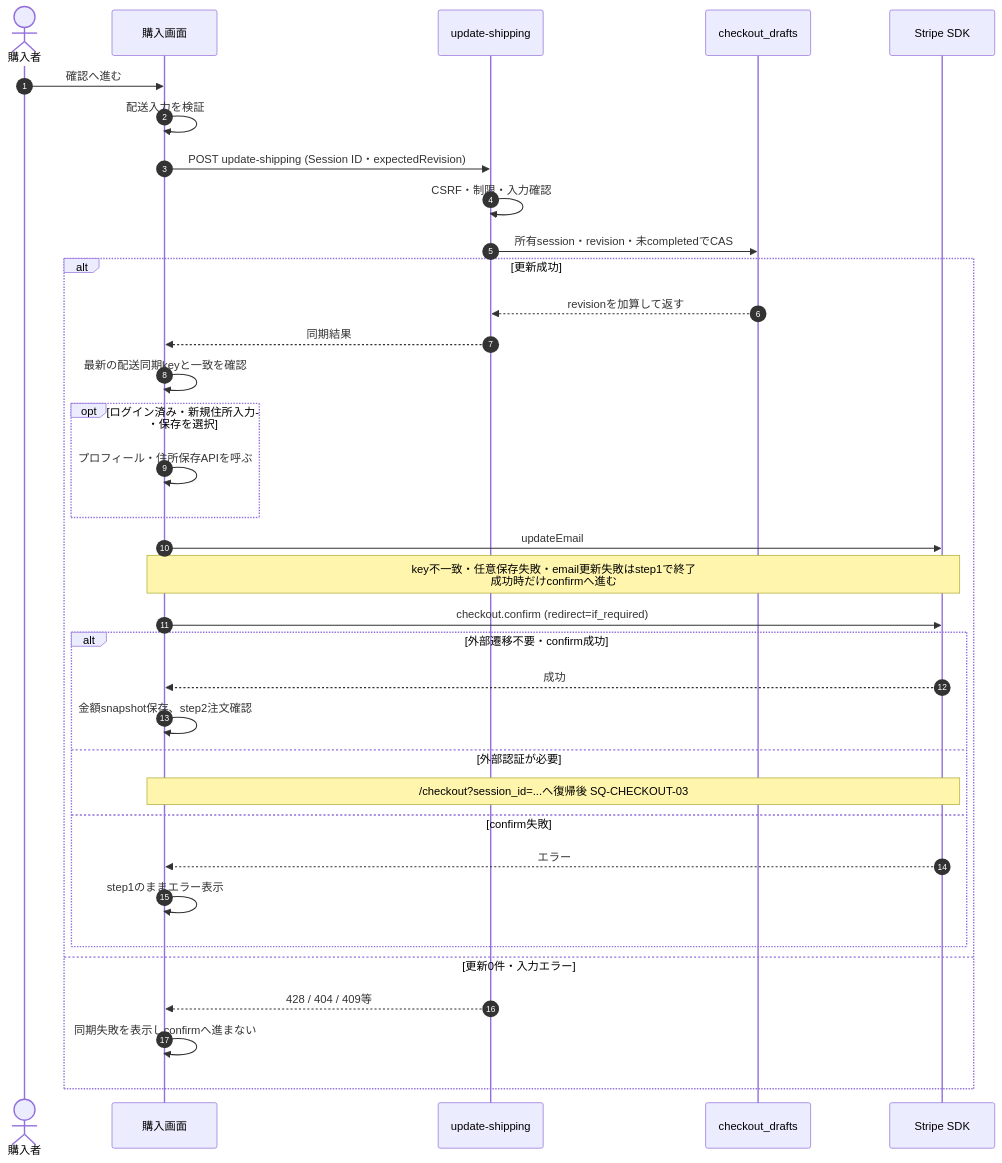
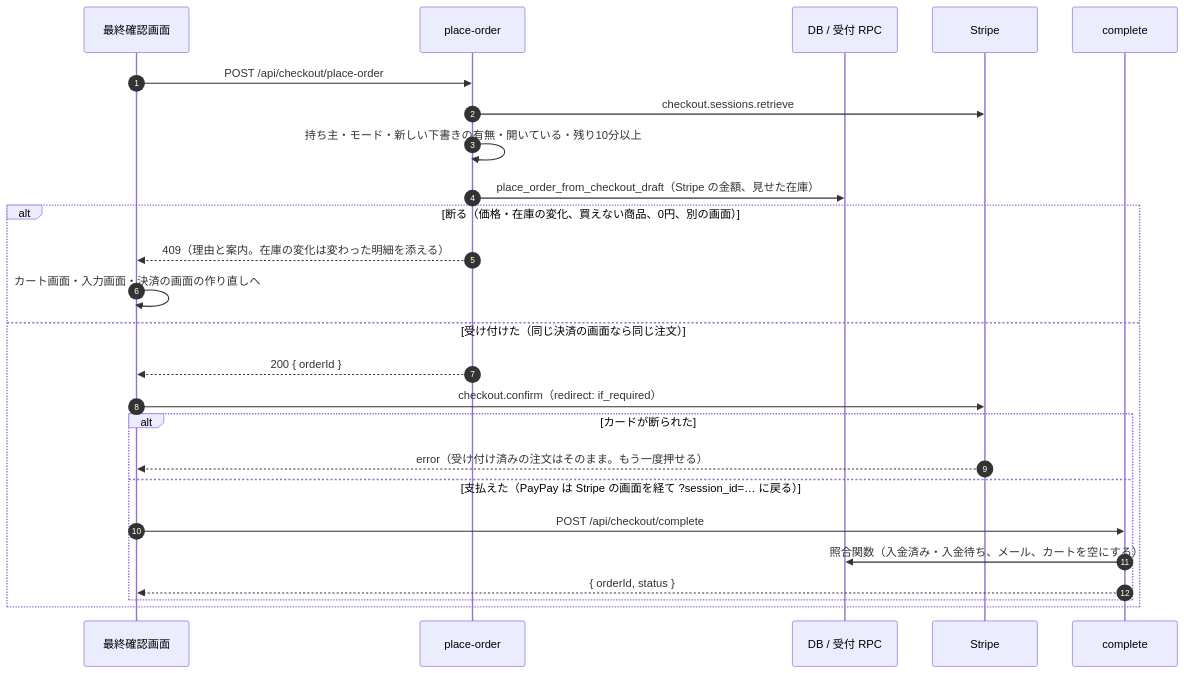
The second of 5 diagrams in docs/04_DetailDesign/sequence/checkout-payment.md (ChocoWork/o_official), drawn with Mermaid before and after one commit. The commit also changed other lines of this file and 5 other files, not shown here.

````diff
--- a/docs/04_DetailDesign/sequence/checkout-payment.md
+++ b/docs/04_DetailDesign/sequence/checkout-payment.md
@@ -89,37 +79,27 @@
 ```mermaid
 sequenceDiagram
     autonumber
-    actor User as 購入者
-    participant UI as 購入画面
-    participant API as update-shipping
-    participant DB as checkout_drafts
-    participant Stripe as Stripe SDK
-    User->>UI: 確認へ進む
-    UI->>UI: 配送入力を検証
-    UI->>API: POST update-shipping (Session ID・expectedRevision)
-    API->>API: CSRF・制限・入力確認
-    API->>DB: 所有session・revision・未completedでCAS
-    alt 更新成功
-        DB-->>API: revisionを加算して返す
-        API-->>UI: 同期結果
-        UI->>UI: 最新の配送同期keyと一致を確認
-        opt ログイン済み・新規住所入力・保存を選択
-            UI->>UI: プロフィール・住所保存APIを呼ぶ
+    participant UI as 最終確認画面
+    participant PO as place-order
+    participant DB as DB / 受付 RPC
+    participant Stripe as Stripe
+    participant C as complete
+    UI->>PO: POST /api/checkout/place-order
+    PO->>Stripe: checkout.sessions.retrieve
+    PO->>PO: 持ち主・モード・新しい下書きの有無・開いている・残り10分以上
+    PO->>DB: place_order_from_checkout_draft（Stripe の金額、見せた在庫）
+    alt 断る（価格・在庫の変化、買えない商品、0円、別の画面）
+        PO-->>UI: 409（理由と案内。在庫の変化は変わった明細を添える）
+        UI->>UI: カート画面・入力画面・決済の画面の作り直しへ
+    else 受け付けた（同じ決済の画面なら同じ注文）
+        PO-->>UI: 200 { orderId }
+        UI->>Stripe: checkout.confirm（redirect: if_required）
+        alt カードが断られた
+            Stripe-->>UI: error（受け付け済みの注文はそのまま。もう一度押せる）
+        else 支払えた（PayPay は Stripe の画面を経て ?session_id=… に戻る）
+            UI->>C: POST /api/checkout/complete
+            C->>DB: 照合関数（入金済み・入金待ち、メール、カートを空にする）
+            C-->>UI: { orderId, status }
         end
-        UI->>Stripe: updateEmail
-        Note over UI,Stripe: key不一致・任意保存失敗・email更新失敗はstep1で終了<br/>成功時だけconfirmへ進む
-        UI->>Stripe: checkout.confirm (redirect=if_required)
-        alt 外部遷移不要・confirm成功
-            Stripe-->>UI: 成功
-            UI->>UI: 金額snapshot保存、step2注文確認
-        else 外部認証が必要
-            Note over UI,Stripe: /checkout?session_id=...へ復帰後 SQ-CHECKOUT-03
-        else confirm失敗
-            Stripe-->>UI: エラー
-            UI->>UI: step1のままエラー表示
-        end
-    else 更新0件・入力エラー
-        API-->>UI: 428 / 404 / 409等
-        UI->>UI: 同期失敗を表示しconfirmへ進まない
     end
 ```
````
